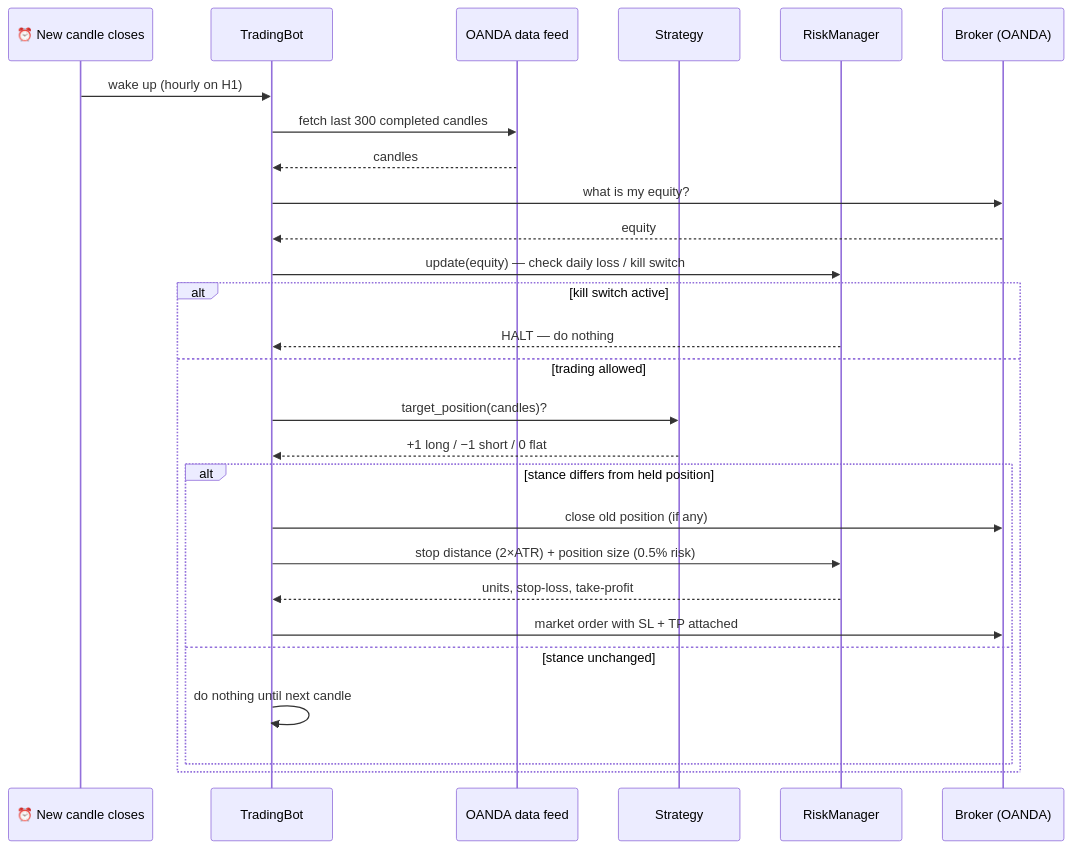
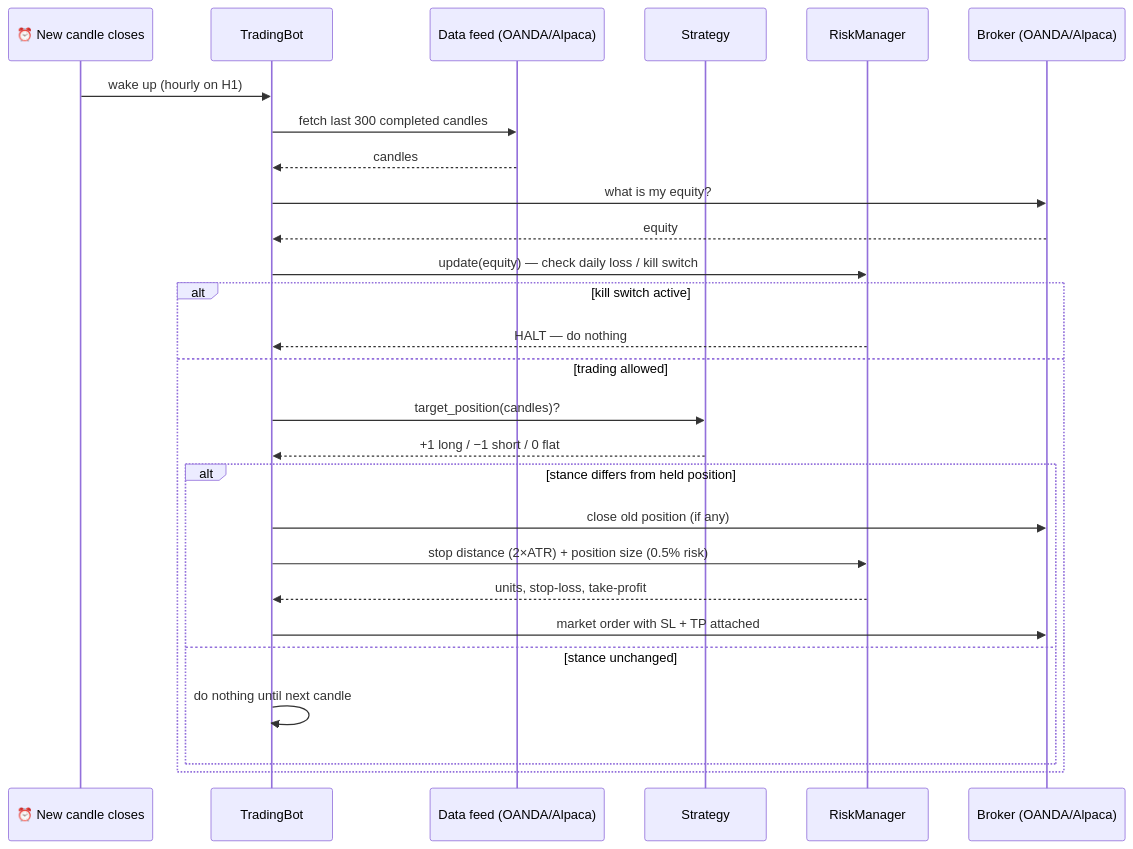
The second of 2 diagrams in README.md (cedrickaneza/V_2_KG), drawn with Mermaid before and after one commit. The commit also changed other lines of this file and 20 other files, not shown here.

````diff
--- a/README.md
+++ b/README.md
@@ -88,30 +111,30 @@
 ```mermaid
 sequenceDiagram
     participant Clock as ⏰ New candle closes
     participant Bot as TradingBot
-    participant Feed as OANDA data feed
+    participant Feed as Data feed (OANDA/Alpaca)
     participant Strat as Strategy
     participant Risk as RiskManager
-    participant Broker as Broker (OANDA)
+    participant Broker as Broker (OANDA/Alpaca)
 
     Clock->>Bot: wake up (hourly on H1)
     Bot->>Feed: fetch last 300 completed candles
     Feed-->>Bot: candles
     Bot->>Broker: what is my equity?
     Broker-->>Bot: equity
     Bot->>Risk: update(equity) — check daily loss / kill switch
     alt kill switch active
         Risk-->>Bot: HALT — do nothing
     else trading allowed
         Bot->>Strat: target_position(candles)?
         Strat-->>Bot: +1 long / −1 short / 0 flat
         alt stance differs from held position
             Bot->>Broker: close old position (if any)
             Bot->>Risk: stop distance (2×ATR) + position size (0.5% risk)
             Risk-->>Bot: units, stop-loss, take-profit
             Bot->>Broker: market order with SL + TP attached
         else stance unchanged
             Bot->>Bot: do nothing until next candle
         end
     end
 ```
````
